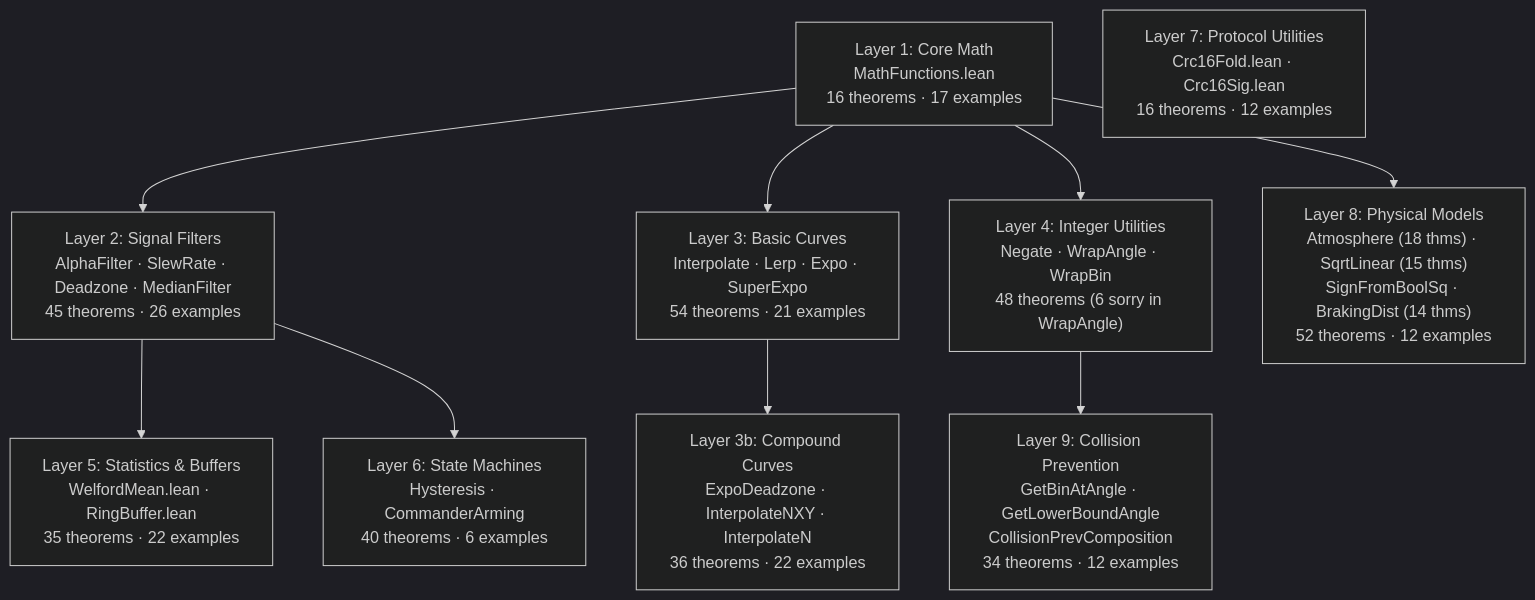
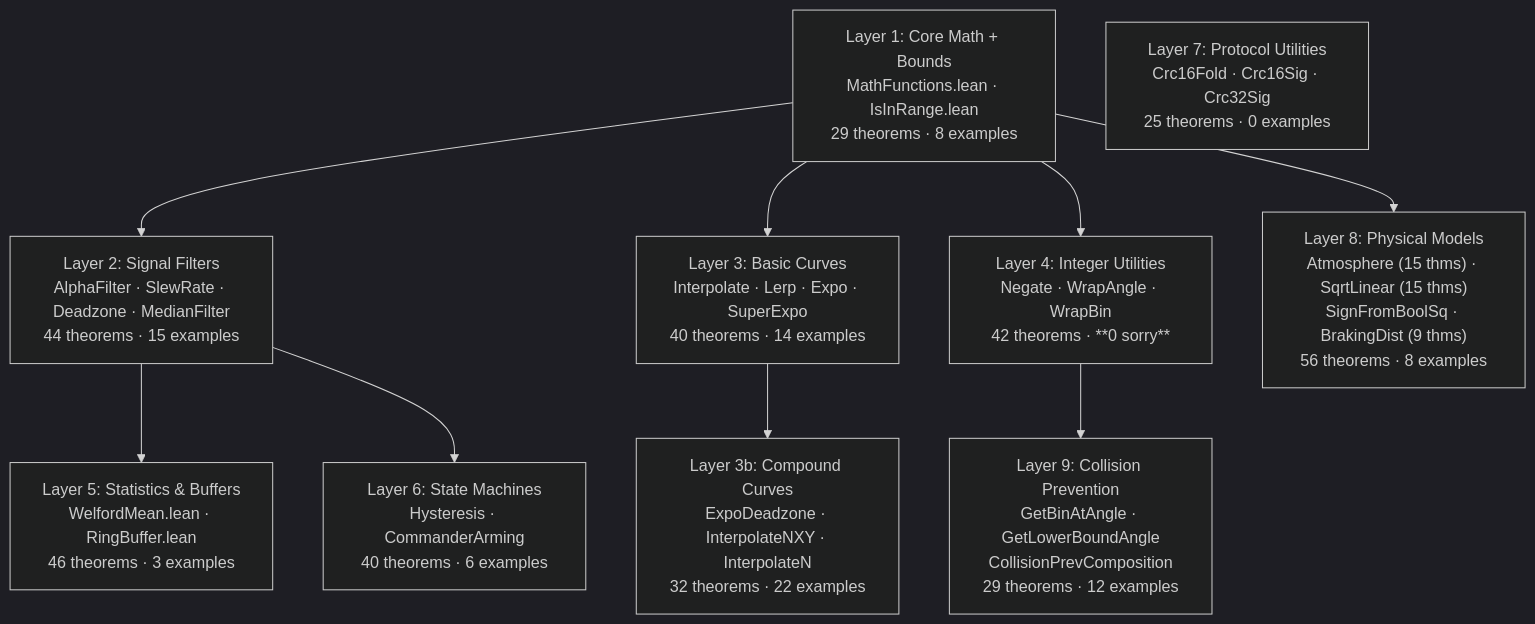
One commit to fsprojects/PX4-Autopilot changed the first of 15 diagrams in formal-verification/REPORT.md. Above: the diagram before and after it, drawn with Mermaid (dark theme). The commit also changed other lines of this file and 4 other files, not shown here.

````diff
--- a/formal-verification/REPORT.md
+++ b/formal-verification/REPORT.md
@@ -42,21 +40,21 @@
 ```mermaid
 graph TD
-    L1["Layer 1: Core Math<br/>MathFunctions.lean<br/>16 theorems · 17 examples"]
-    L2a["Layer 2: Signal Filters<br/>AlphaFilter · SlewRate · Deadzone · MedianFilter<br/>45 theorems · 26 examples"]
-    L2b["Layer 3: Basic Curves<br/>Interpolate · Lerp · Expo · SuperExpo<br/>54 theorems · 21 examples"]
-    L2c["Layer 3b: Compound Curves<br/>ExpoDeadzone · InterpolateNXY · InterpolateN<br/>36 theorems · 22 examples"]
-    L4["Layer 4: Integer Utilities<br/>Negate · WrapAngle · WrapBin<br/>48 theorems (6 sorry in WrapAngle)"]
-    L5["Layer 5: Statistics & Buffers<br/>WelfordMean.lean · RingBuffer.lean<br/>35 theorems · 22 examples"]
+    L1["Layer 1: Core Math + Bounds<br/>MathFunctions.lean · IsInRange.lean<br/>29 theorems · 8 examples"]
+    L2a["Layer 2: Signal Filters<br/>AlphaFilter · SlewRate · Deadzone · MedianFilter<br/>44 theorems · 15 examples"]
+    L2b["Layer 3: Basic Curves<br/>Interpolate · Lerp · Expo · SuperExpo<br/>40 theorems · 14 examples"]
+    L2c["Layer 3b: Compound Curves<br/>ExpoDeadzone · InterpolateNXY · InterpolateN<br/>32 theorems · 22 examples"]
+    L4["Layer 4: Integer Utilities<br/>Negate · WrapAngle · WrapBin<br/>42 theorems · **0 sorry**"]
+    L5["Layer 5: Statistics & Buffers<br/>WelfordMean.lean · RingBuffer.lean<br/>46 theorems · 3 examples"]
     L6["Layer 6: State Machines<br/>Hysteresis · CommanderArming<br/>40 theorems · 6 examples"]
-    L7["Layer 7: Protocol Utilities<br/>Crc16Fold.lean · Crc16Sig.lean<br/>16 theorems · 12 examples"]
-    L8["Layer 8: Physical Models<br/>Atmosphere (18 thms) · SqrtLinear (15 thms)<br/>SignFromBoolSq · BrakingDist (14 thms)<br/>52 theorems · 12 examples"]
-    L9["Layer 9: Collision Prevention<br/>GetBinAtAngle · GetLowerBoundAngle<br/>CollisionPrevComposition<br/>34 theorems · 12 examples"]
+    L7["Layer 7: Protocol Utilities<br/>Crc16Fold · Crc16Sig · Crc32Sig<br/>25 theorems · 0 examples"]
+    L8["Layer 8: Physical Models<br/>Atmosphere (15 thms) · SqrtLinear (15 thms)<br/>SignFromBoolSq · BrakingDist (9 thms)<br/>56 theorems · 8 examples"]
+    L9["Layer 9: Collision Prevention<br/>GetBinAtAngle · GetLowerBoundAngle<br/>CollisionPrevComposition<br/>29 theorems · 12 examples"]
     L1 --> L2a
     L1 --> L2b
     L2b --> L2c
     L1 --> L4
     L2a --> L5
     L2a --> L6
     L1 --> L8
     L4 --> L9
 ```
````
